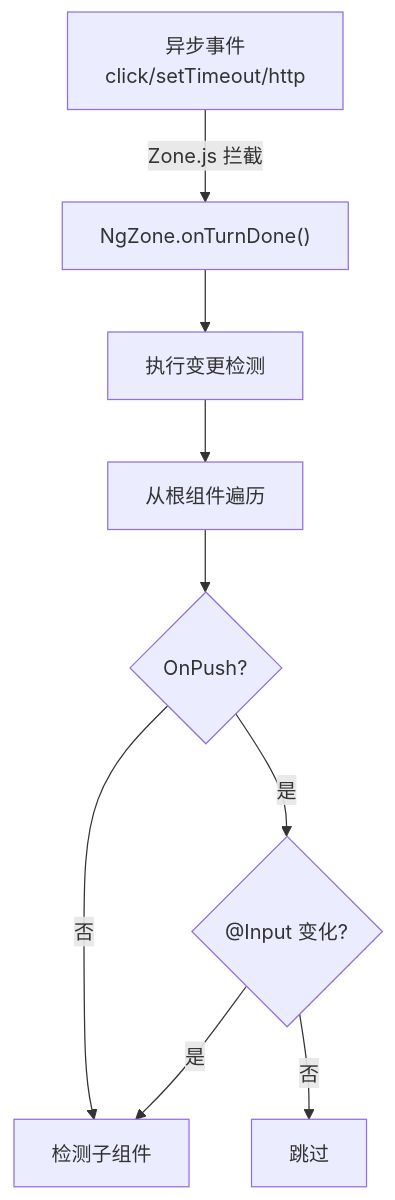
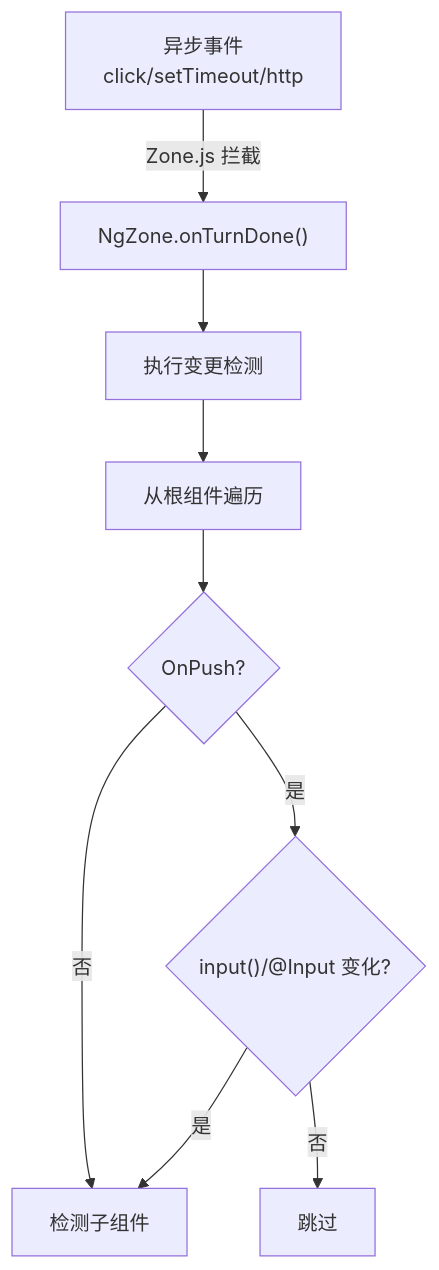
Before and after one commit to KMaybe01/common: diagram 15 of 17 in S2-框架深入/05-Angular20学习指南.md, drawn with Mermaid. The commit also changed other lines of this file, not shown here.

````diff
--- a/S2-框架深入/05-Angular20学习指南.md
+++ b/S2-框架深入/05-Angular20学习指南.md
@@ -2146,11 +2151,11 @@
 ```mermaid
 graph TD
     A["异步事件<br/>click/setTimeout/http"] -->|"Zone.js 拦截"| B["NgZone.onTurnDone()"]
     B --> C["执行变更检测"]
     C --> D["从根组件遍历"]
     D --> E{"OnPush?"}
-    E -->|"是"| F{"@Input 变化?"}
+    E -->|"是"| F{"input()/@Input 变化?"}
     F -->|"是"| G["检测子组件"]
     F -->|"否"| H["跳过"]
     E -->|"否"| G
 ```
````
